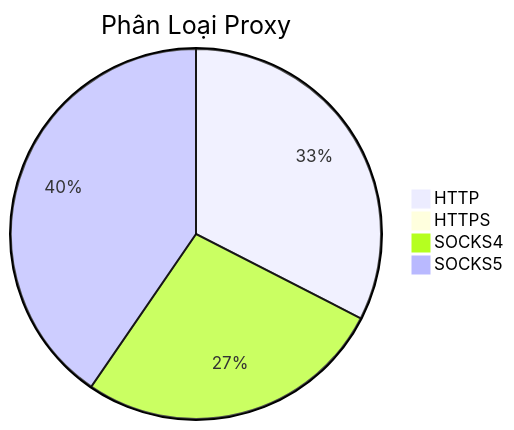
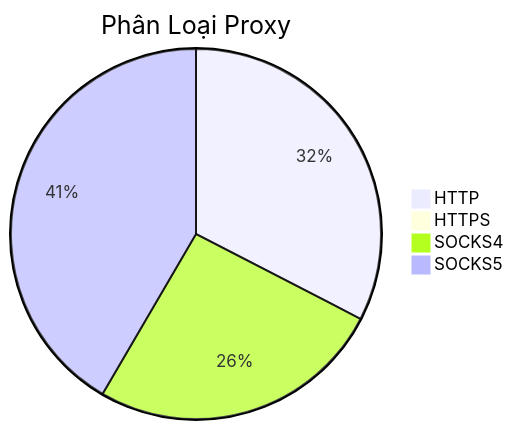
The diagram in README.md (Ciara-Aa/PROXY-free), drawn with Mermaid before and after one commit. The commit also changed other lines of this file and 4 other files, not shown here.

````diff
--- a/README.md
+++ b/README.md
@@ -26,7 +26,7 @@
 ```mermaid
 pie title Phân Loại Proxy
-    "HTTP" : 272
-    "HTTPS" : 0
-    "SOCKS4" : 226
-    "SOCKS5" : 338
+    "HTTP" : 304
+    "HTTPS" : 3
+    "SOCKS4" : 241
+    "SOCKS5" : 388
 ```
````
